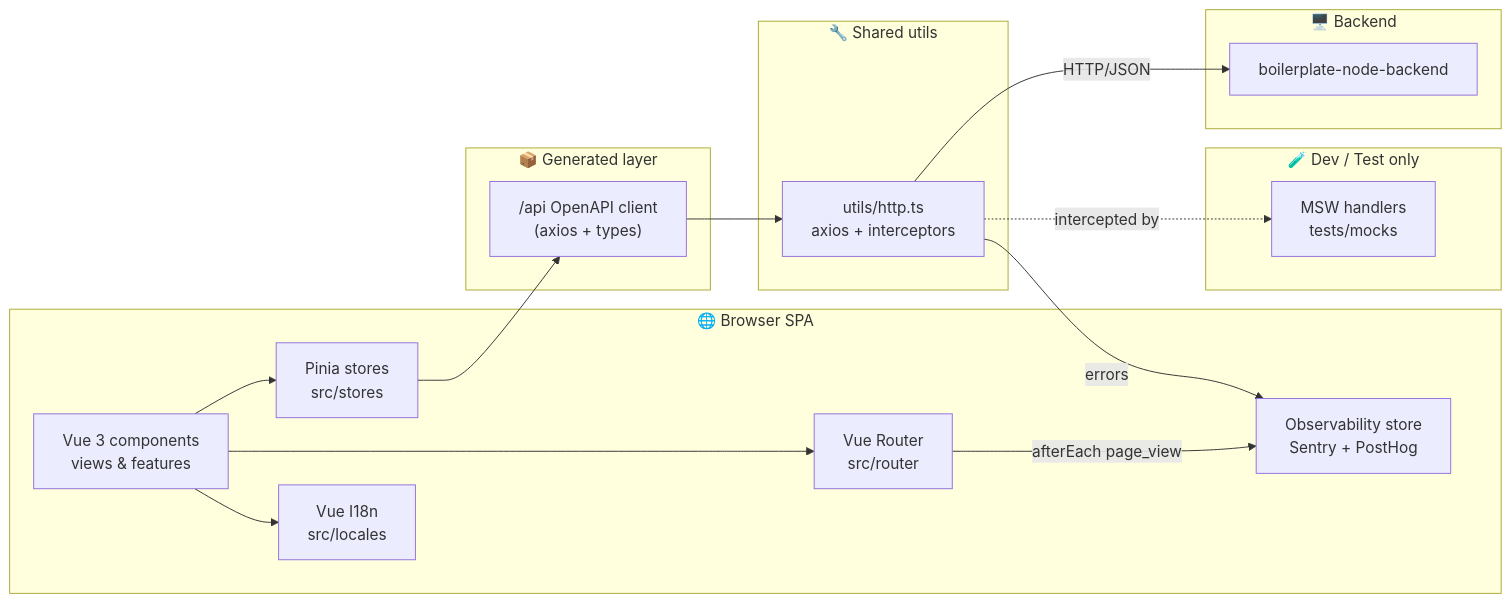
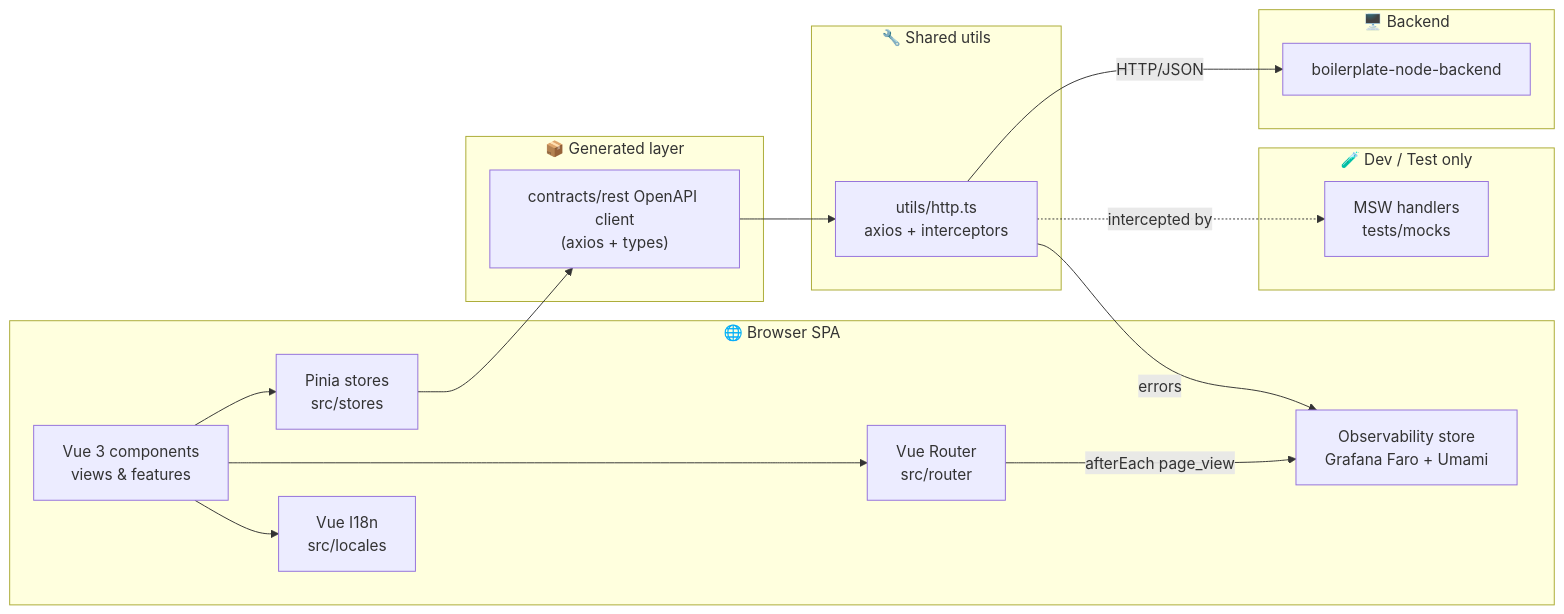
The first of 6 diagrams in README.md (Guebbit/boilerplate-vue-frontend), drawn with Mermaid before and after one commit. The commit also changed other lines of this file and 99 other files, not shown here.

````diff
--- a/README.md
+++ b/README.md
@@ -119,36 +120,36 @@
 ```mermaid
 flowchart LR
     subgraph Browser["🌐 Browser SPA"]
         V[Vue 3 components<br/>views & features]
         P[Pinia stores<br/>src/stores]
         R[Vue Router<br/>src/router]
         I18N[Vue I18n<br/>src/locales]
-        OBS[Observability store<br/>Sentry + PostHog]
+        OBS[Observability store<br/>Grafana Faro + Umami]
     end
 
     subgraph Generated["📦 Generated layer"]
-        API["/api OpenAPI client<br/>(axios + types)"]
+        API["contracts/rest OpenAPI client<br/>(axios + types)"]
     end
 
     subgraph Shared["🔧 Shared utils"]
         HTTP[utils/http.ts<br/>axios + interceptors]
     end
 
     subgraph Backend["🖥️ Backend"]
         BE[boilerplate-node-backend]
     end
 
     subgraph DevOnly["🧪 Dev / Test only"]
         MSW[MSW handlers<br/>tests/mocks]
     end
 
     V --> P
     V --> R
     V --> I18N
     P --> API
     API --> HTTP
     HTTP -->|HTTP/JSON| BE
     HTTP -.intercepted by.-> MSW
     HTTP -->|errors| OBS
     R -->|afterEach page_view| OBS
 ```
````
